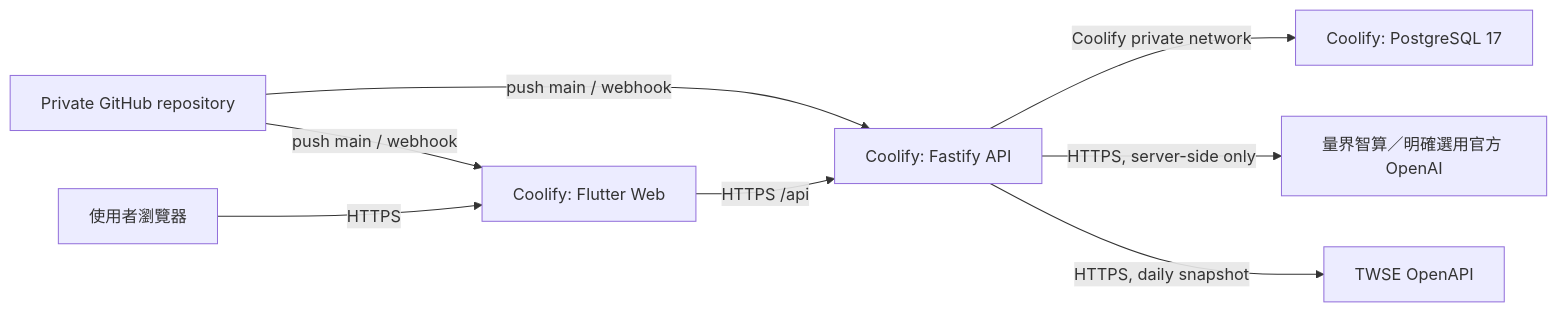
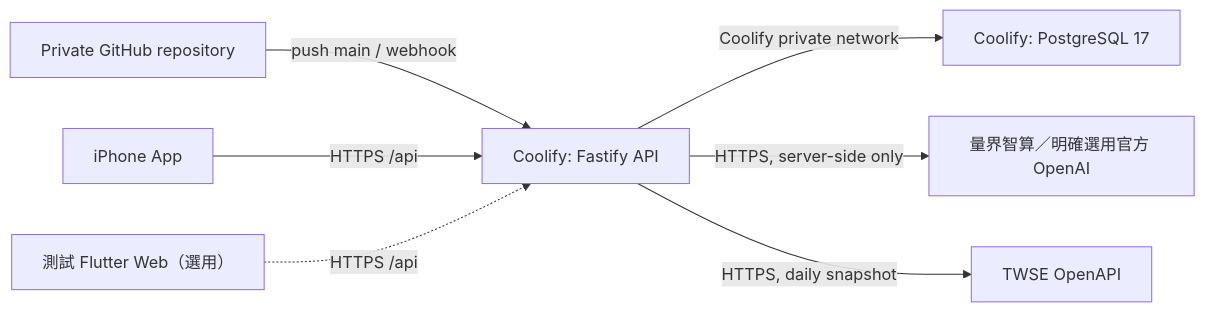
One commit to Sutdents-Project-Hub/FutureMint_AI changed the diagram in README.md. Above: the diagram before and after it, drawn with Mermaid. The commit also changed other lines of this file and 30 other files, not shown here.

````diff
--- a/README.md
+++ b/README.md
@@ -51,10 +51,9 @@
 ```mermaid
 flowchart LR
-    G["Private GitHub repository"] -->|"push main / webhook"| W["Coolify: Flutter Web"]
-    G -->|"push main / webhook"| A["Coolify: Fastify API"]
-    U["使用者瀏覽器"] -->|"HTTPS"| W
-    W -->|"HTTPS /api"| A
+    G["Private GitHub repository"] -->|"push main / webhook"| A["Coolify: Fastify API"]
+    U["iPhone App"] -->|"HTTPS /api"| A
+    W["測試 Flutter Web（選用）"] -.->|"HTTPS /api"| A
     A -->|"Coolify private network"| P["Coolify: PostgreSQL 17"]
     A -->|"HTTPS, server-side only"| L["量界智算／明確選用官方 OpenAI"]
     A -->|"HTTPS, daily snapshot"| T["TWSE OpenAPI"]
 ```
````
